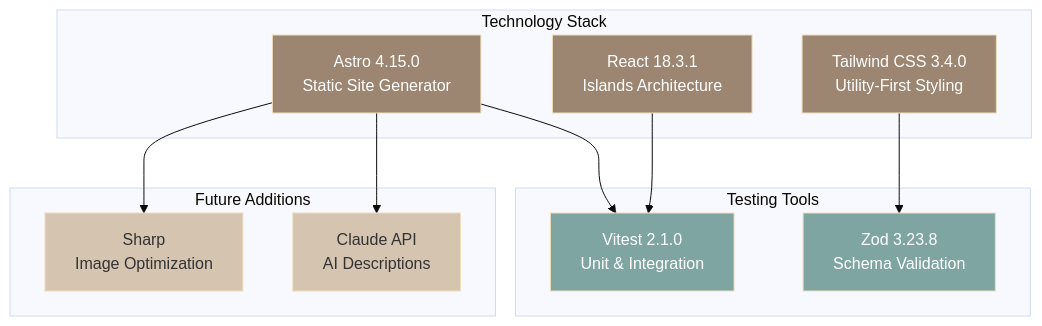
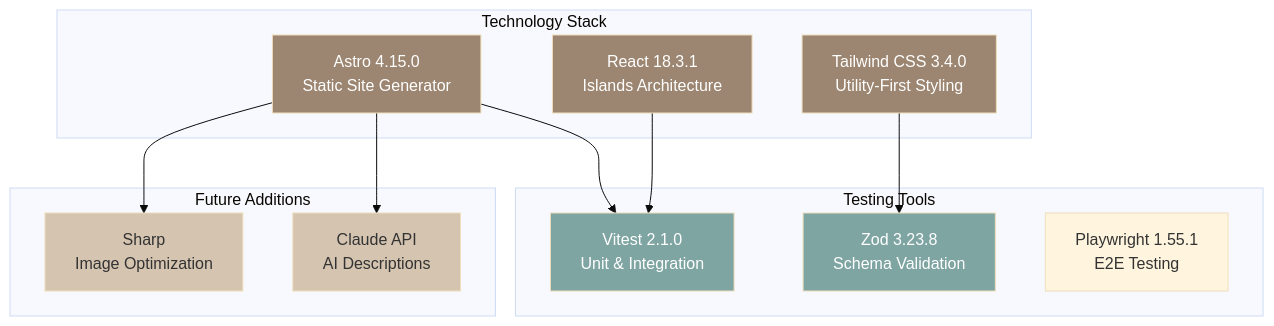
The fourth of 5 diagrams in PROJECT_STATUS.md (nice-and-precise/mol-art-portfolio), drawn with Mermaid (base theme) before and after one commit. The commit also changed other lines of this file and 16 other files, not shown here.

First line of the commit message:
feat: Complete E2E testing with Playwright - Critical bug fixed

````diff
--- a/PROJECT_STATUS.md
+++ b/PROJECT_STATUS.md
@@ -260,32 +310,33 @@
 ```mermaid
 graph TB
     subgraph Stack["Technology Stack"]
         A[Astro 4.15.0<br/>Static Site Generator]
         B[React 18.3.1<br/>Islands Architecture]
         C[Tailwind CSS 3.4.0<br/>Utility-First Styling]
     end
 
     subgraph Testing["Testing Tools"]
         D[Vitest 2.1.0<br/>Unit & Integration]
         E[Zod 3.23.8<br/>Schema Validation]
+        H[Playwright 1.55.1<br/>E2E Testing]
     end
 
     subgraph Future["Future Additions"]
         F[Sharp<br/>Image Optimization]
         G[Claude API<br/>AI Descriptions]
     end
 
     A --> D
     B --> D
     C --> E
     A --> F
     A --> G
 
     style A fill:#9c8671,color:#fff
     style B fill:#9c8671,color:#fff
     style C fill:#9c8671,color:#fff
     style D fill:#7fa5a3,color:#fff
     style E fill:#7fa5a3,color:#fff
     style F fill:#d4c4b0
     style G fill:#d4c4b0
 ```
````
